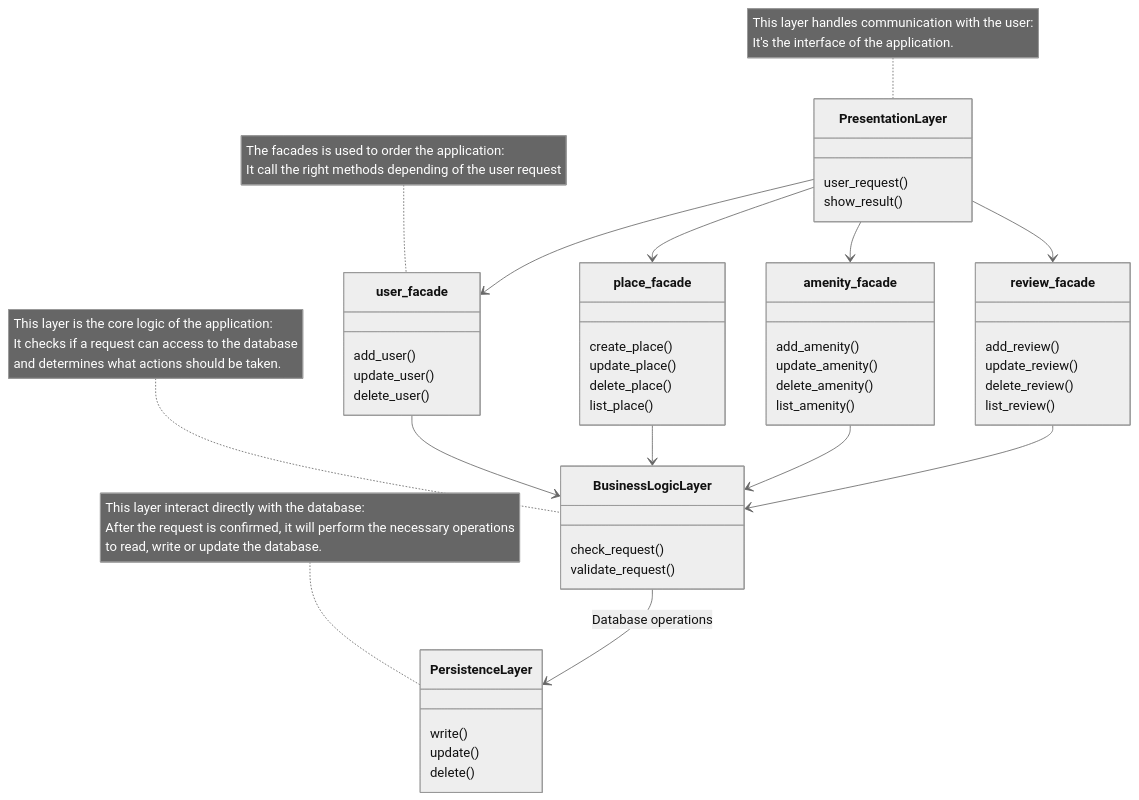
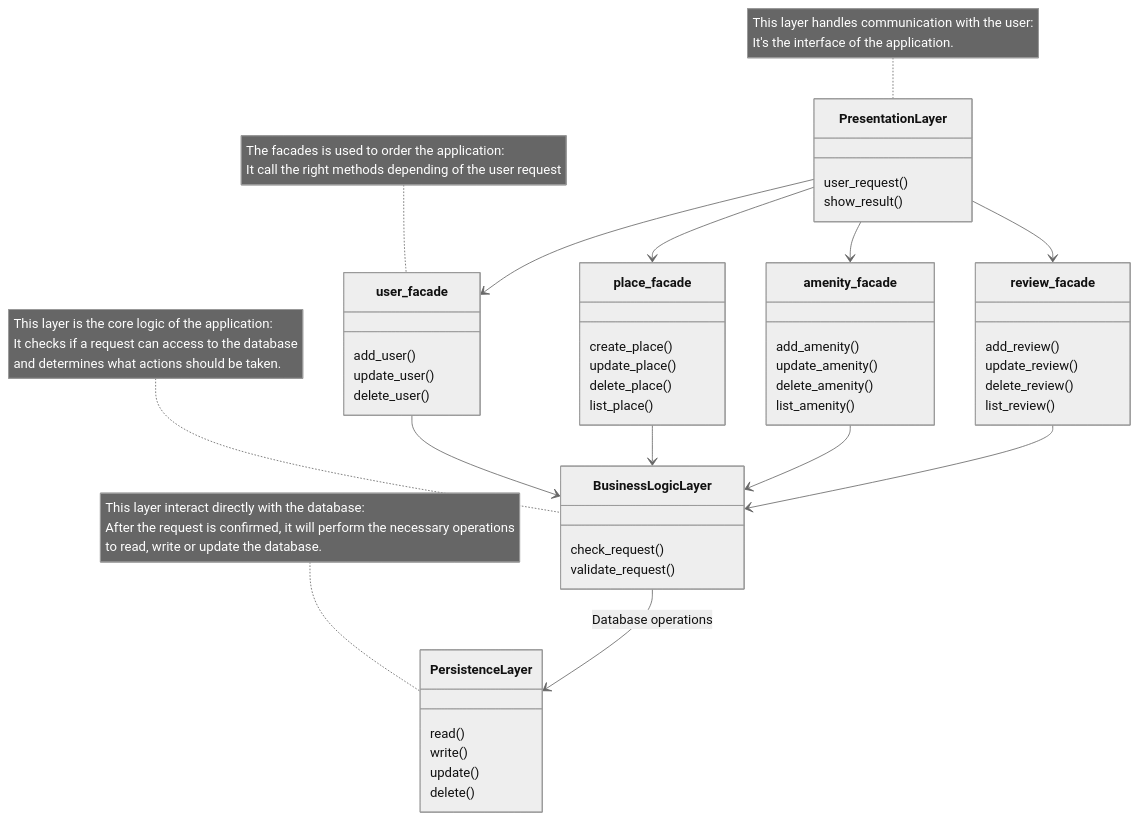
Before and after one commit to EnzoMessaoudi/holbertonschool-hbnb: the diagram in part1/High-Level_Package_Diagram.mermaid, drawn with Mermaid (neutral theme).

Commit message:
ADD read() method in persistance layer

```diff
--- a/part1/High-Level_Package_Diagram.mermaid
+++ b/part1/High-Level_Package_Diagram.mermaid
@@ -1,65 +1,66 @@
 classDiagram
 
 class PresentationLayer {
     user_request()
     show_result()
 }
 
 class user_facade {
     add_user()
     update_user()
     delete_user()
 }
 class place_facade{
     create_place()
     update_place()
     delete_place()
     list_place()
 }
 class review_facade{
     add_review()
     update_review()
     delete_review()
     list_review()
 }
 class amenity_facade{
     add_amenity()
     update_amenity()
     delete_amenity()
     list_amenity()
 }
 
 class BusinessLogicLayer {
     check_request()
     validate_request()
 }
 
 class PersistenceLayer {
+    read()
     write()
     update()
     delete()
 }
 
 PresentationLayer --> user_facade
 PresentationLayer --> place_facade
 PresentationLayer --> amenity_facade
 PresentationLayer --> review_facade
 user_facade --> BusinessLogicLayer
 place_facade --> BusinessLogicLayer
 amenity_facade --> BusinessLogicLayer
 review_facade --> BusinessLogicLayer
 BusinessLogicLayer --> PersistenceLayer : Database operations
 
 note for PresentationLayer "This layer handles communication with the user:
 It's the interface of the application."
 
 note for BusinessLogicLayer "This layer is the core logic of the application:
     It checks if a request can access to the database
     and determines what actions should be taken."
 
 note for PersistenceLayer "This layer interact directly with the database:
     After the request is confirmed, it will perform the necessary operations
     to read, write or update the database."
 
 note for user_facade "The facades is used to order the application:
 It call the right methods depending of the user request"
```
